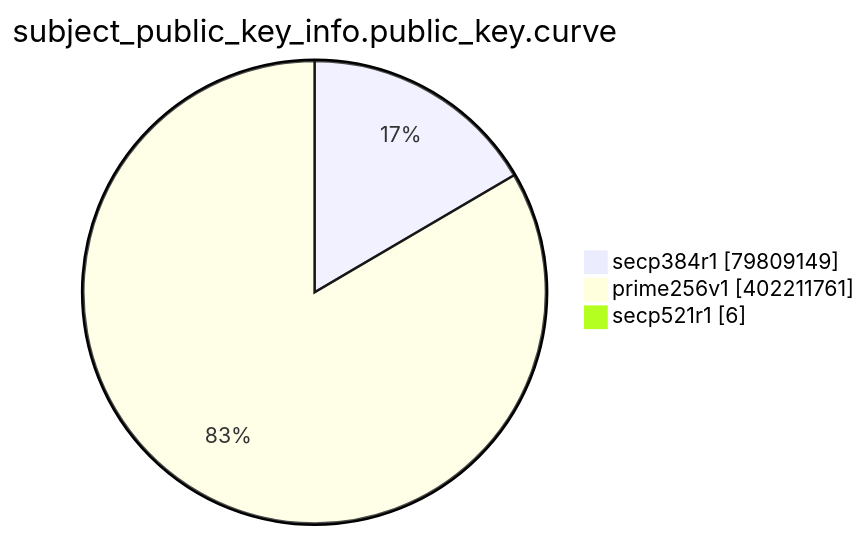
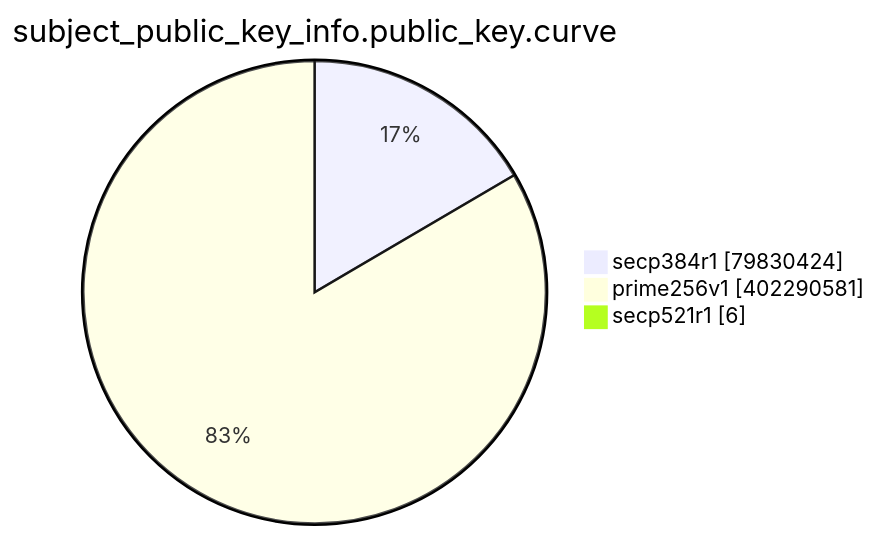
Before and after one commit to christiankrug/ctmonitor_visualization: the eighth of 15 diagrams in TOTAL/README.md, drawn with Mermaid. The commit also changed other lines of this file, not shown here.

````diff
--- a/TOTAL/README.md
+++ b/TOTAL/README.md
@@ -3095,7 +3095,7 @@
 ```mermaid
 pie showData
 title subject_public_key_info.public_key.curve
-"secp384r1" :79809149
-"prime256v1" :402211761
+"secp384r1" :79830424
+"prime256v1" :402290581
 "secp521r1" :6
 ```
````
